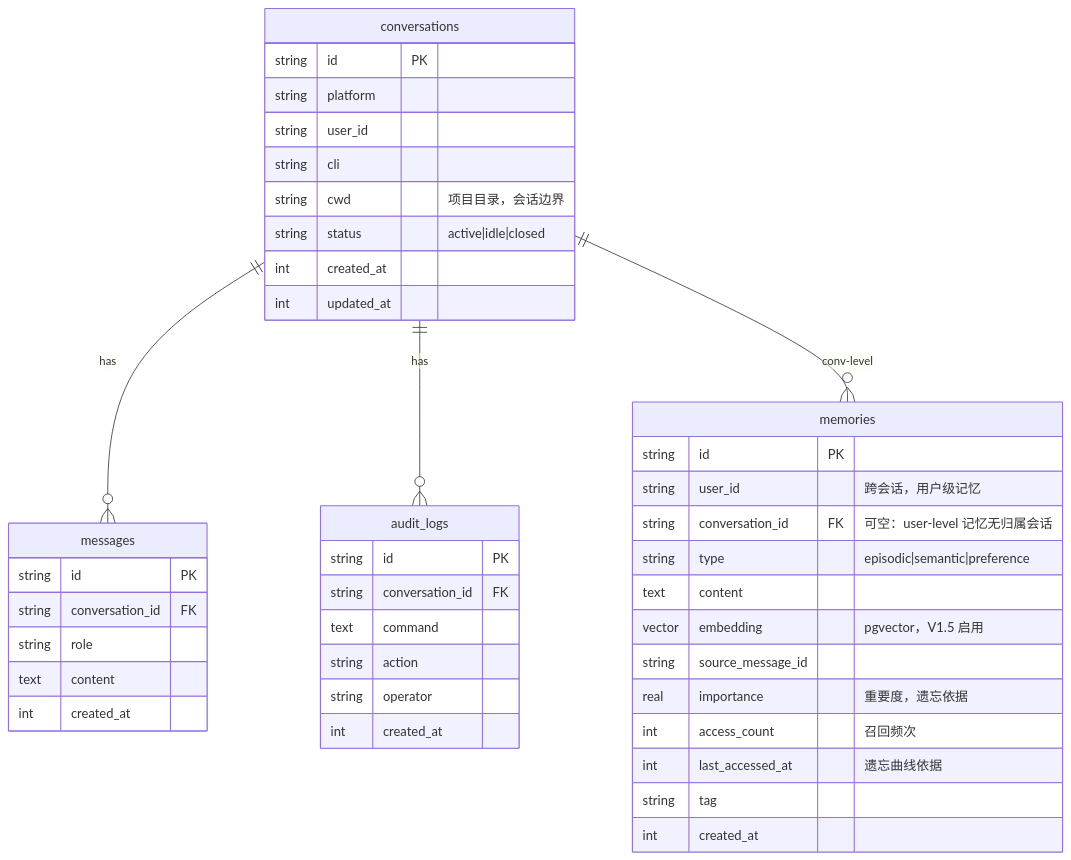
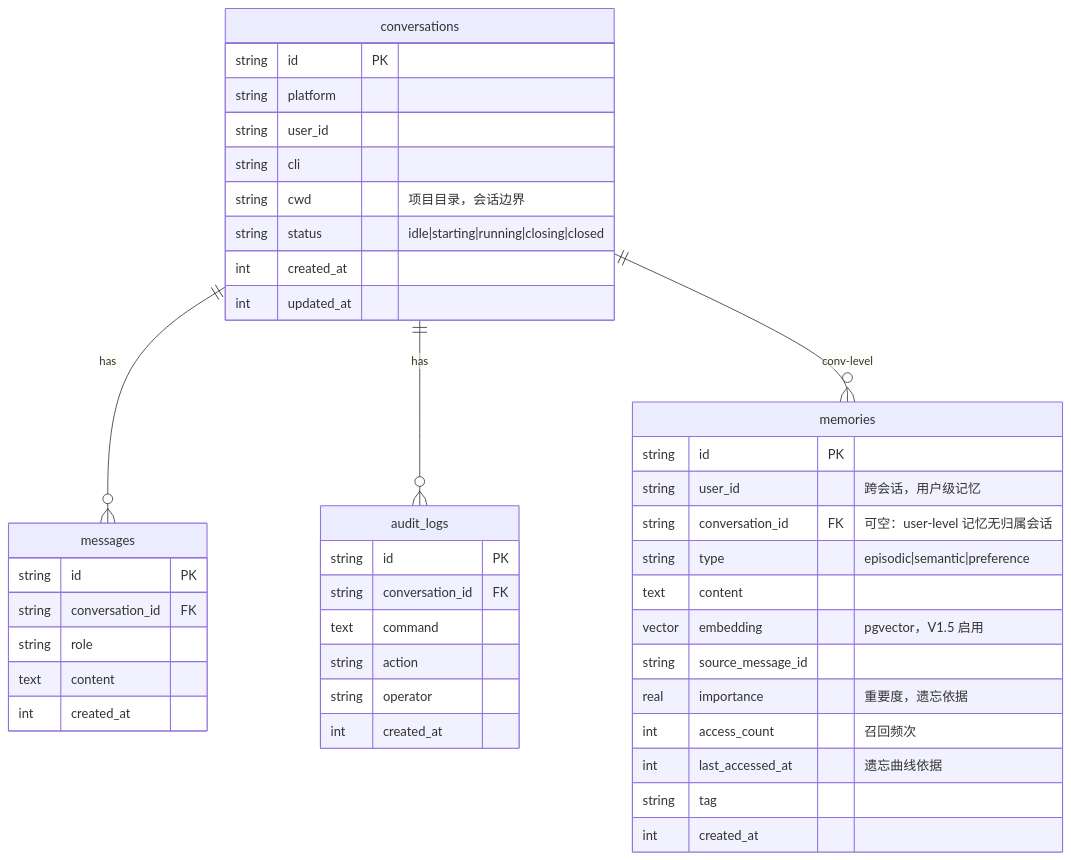
One commit to ygq-future/ai-cli-hub changed the tenth of 15 diagrams in docs/02-Architecture.md. Above: the diagram before and after it, drawn with Mermaid. The commit also changed other lines of this file and 9 other files, not shown here.

````diff
--- a/docs/02-Architecture.md
+++ b/docs/02-Architecture.md
@@ -408,46 +413,46 @@
 ```mermaid
 erDiagram
     conversations ||--o{ messages : has
     conversations ||--o{ audit_logs : has
     conversations ||--o{ memories : "conv-level"
 
     conversations {
         string id PK
         string platform
         string user_id
         string cli
         string cwd "项目目录，会话边界"
-        string status "active|idle|closed"
+        string status "idle|starting|running|closing|closed"
         int created_at
         int updated_at
     }
     messages {
         string id PK
         string conversation_id FK
         string role
         text content
         int created_at
     }
     audit_logs {
         string id PK
         string conversation_id FK
         text command
         string action
         string operator
         int created_at
     }
     memories {
         string id PK
         string user_id "跨会话，用户级记忆"
         string conversation_id FK "可空：user-level 记忆无归属会话"
         string type "episodic|semantic|preference"
         text content
         vector embedding "pgvector，V1.5 启用"
         string source_message_id
         real importance "重要度，遗忘依据"
         int access_count "召回频次"
         int last_accessed_at "遗忘曲线依据"
         string tag
         int created_at
     }
 ```
````
